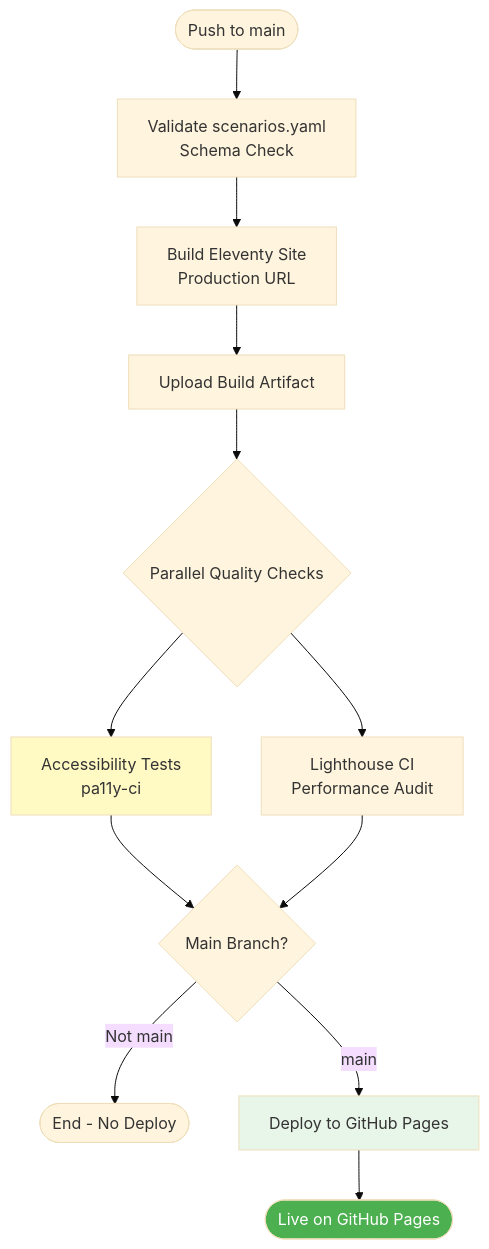
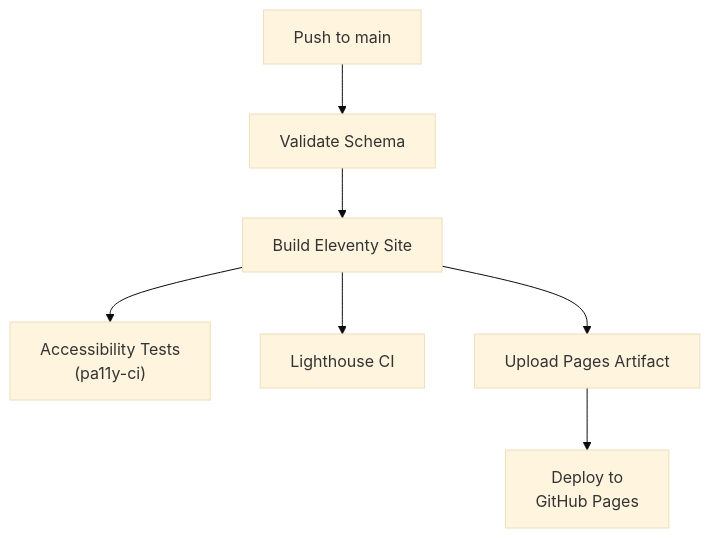
Before and after one commit to co-cddo/ndx-try-arch: the tenth of 15 diagrams in docs/52-deployment-flows.md, drawn with Mermaid (base theme). The commit also changed other lines of this file and 41 other files, not shown here.

First line of the commit message:
docs: update NDX architecture documentation (#9)

````diff
--- a/docs/52-deployment-flows.md
+++ b/docs/52-deployment-flows.md
@@ -646,21 +248,9 @@
 ```mermaid
-flowchart TB
-    start([Push to main]) --> validate[Validate scenarios.yaml<br/>Schema Check]
-    validate --> build[Build Eleventy Site<br/>Production URL]
-    build --> artifact[Upload Build Artifact]
-
-    artifact --> parallel{Parallel Quality Checks}
-    parallel --> a11y[Accessibility Tests<br/>pa11y-ci]
-    parallel --> lighthouse[Lighthouse CI<br/>Performance Audit]
-
-    a11y --> deploy_gate{Main Branch?}
-    lighthouse --> deploy_gate
-
-    deploy_gate -->|Not main| end_no_deploy([End - No Deploy])
-    deploy_gate -->|main| gh_pages[Deploy to GitHub Pages]
-    gh_pages --> live([Live on GitHub Pages])
-
-    style a11y fill:#fff9c4
-    style gh_pages fill:#e8f5e9
-    style live fill:#4caf50,color:#fff
+graph TB
+    A["Push to main"] --> B["Validate Schema"]
+    B --> C["Build Eleventy Site"]
+    C --> D["Accessibility Tests<br/>(pa11y-ci)"]
+    C --> E["Lighthouse CI"]
+    C --> F["Upload Pages Artifact"]
+    F --> G["Deploy to<br/>GitHub Pages"]
 ```
````
